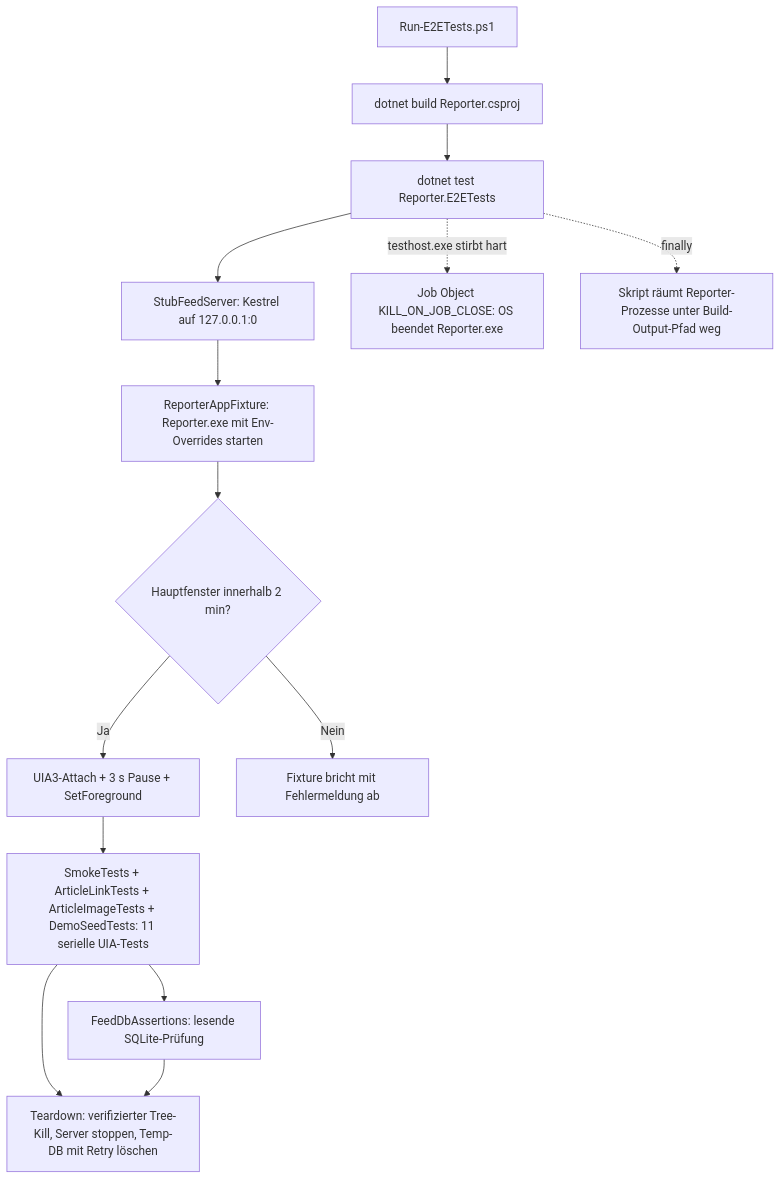
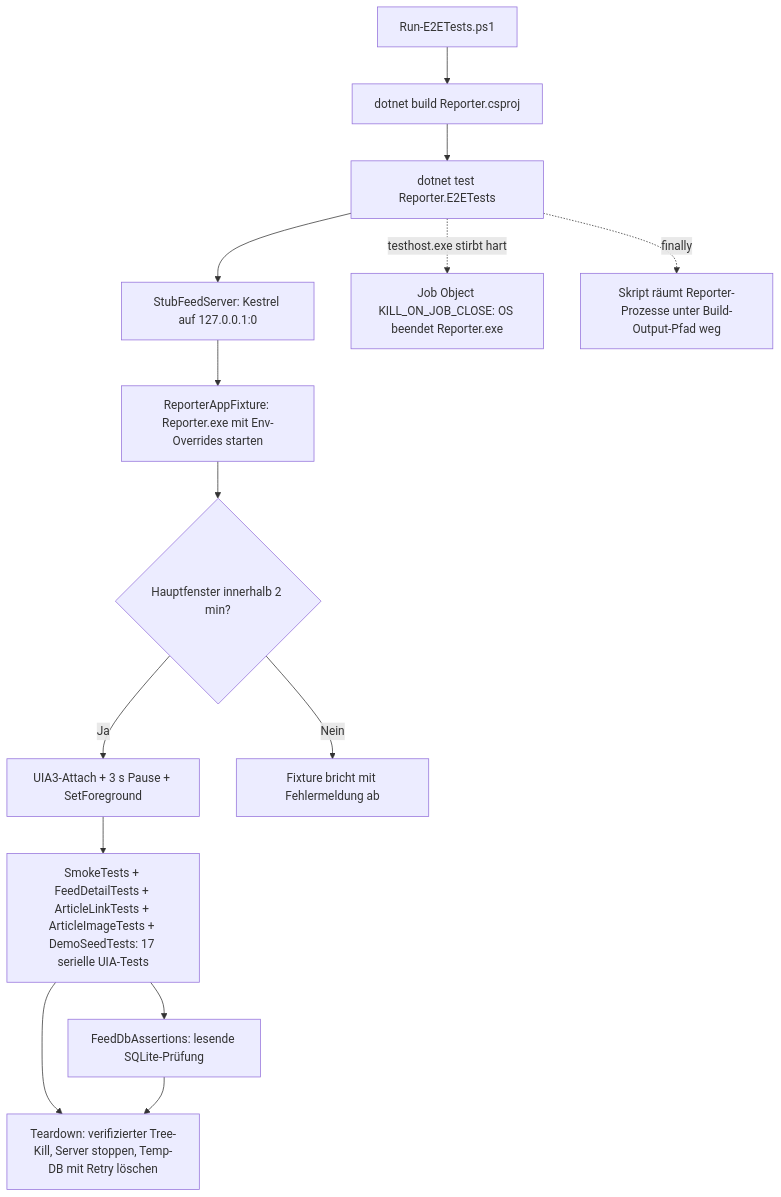
The diagram in docs/help/tests/ablauf-technisch.md (martin-stromberg/Reporter), drawn with Mermaid before and after one commit. The commit also changed other lines of this file and 72 other files, not shown here.

````diff
--- a/docs/help/tests/ablauf-technisch.md
+++ b/docs/help/tests/ablauf-technisch.md
@@ -77,16 +85,16 @@
 ```mermaid
 flowchart TD
     A[Run-E2ETests.ps1] --> B[dotnet build Reporter.csproj]
     B --> C[dotnet test Reporter.E2ETests]
     C --> D[StubFeedServer: Kestrel auf 127.0.0.1:0]
     D --> E[ReporterAppFixture: Reporter.exe mit Env-Overrides starten]
     E --> F{Hauptfenster innerhalb 2 min?}
     F -- Ja --> G[UIA3-Attach + 3 s Pause + SetForeground]
     F -- Nein --> H[Fixture bricht mit Fehlermeldung ab]
-    G --> I[SmokeTests + ArticleLinkTests + ArticleImageTests + DemoSeedTests: 11 serielle UIA-Tests]
+    G --> I[SmokeTests + FeedDetailTests + ArticleLinkTests + ArticleImageTests + DemoSeedTests: 17 serielle UIA-Tests]
     I --> J[FeedDbAssertions: lesende SQLite-Prüfung]
     I --> K[Teardown: verifizierter Tree-Kill, Server stoppen, Temp-DB mit Retry löschen]
     J --> K
     C -.->|testhost.exe stirbt hart| L[Job Object KILL_ON_JOB_CLOSE: OS beendet Reporter.exe]
     C -.->|finally| M[Skript räumt Reporter-Prozesse unter Build-Output-Pfad weg]
 ```
````
